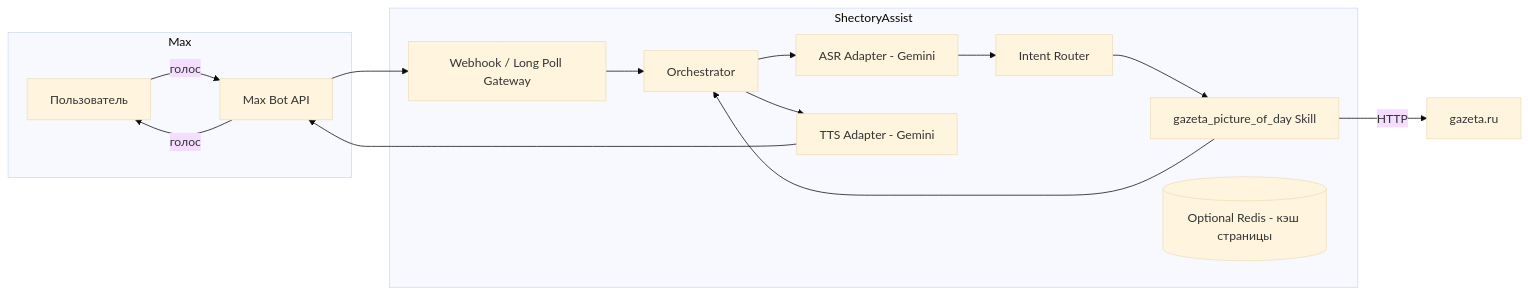
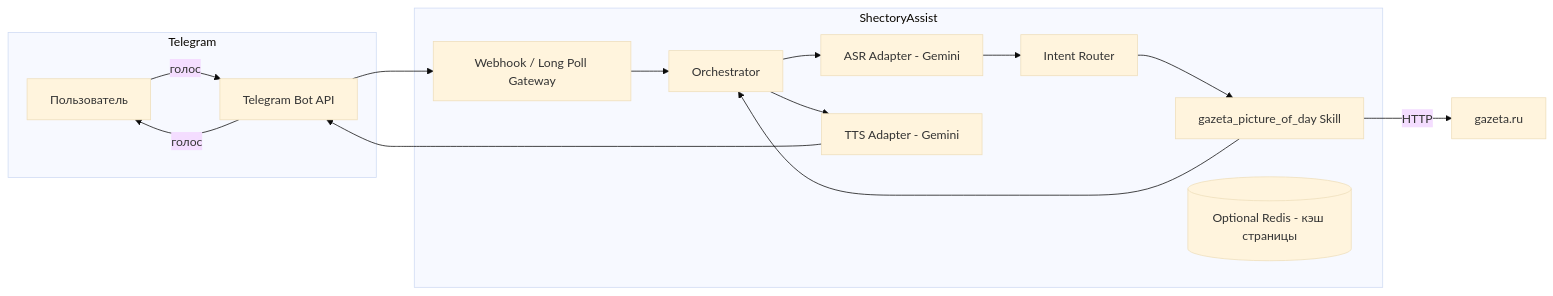
Before and after one commit to Shevbo/ShectoryAssist: the diagram in ТЗ на Shectory Assist.md, drawn with Mermaid (base theme). The commit also changed other lines of this file and 7 other files, not shown here.

````diff
--- a/ТЗ на Shectory Assist.md
+++ b/ТЗ на Shectory Assist.md
@@ -121,27 +137,27 @@
 ```mermaid
 flowchart LR
-  subgraph Max
+  subgraph Telegram
     U[Пользователь]
-    MB[Max Bot API]
+    MB[Telegram Bot API]
   end
   subgraph ShectoryAssist
     GW[Webhook / Long Poll Gateway]
     ORC[Orchestrator]
     ASR[ASR Adapter - Gemini]
     NLU[Intent Router]
     SK[gazeta_picture_of_day Skill]
     TTS[TTS Adapter - Gemini]
     CACHE[(Optional Redis - кэш страницы)]
   end
   U -->|голос| MB
   MB --> GW
   GW --> ORC
   ORC --> ASR
   ASR --> NLU
   NLU --> SK
   SK -->|HTTP| GZ[gazeta.ru]
   SK --> ORC
   ORC --> TTS
   TTS --> MB
   MB -->|голос| U
 ```
````
